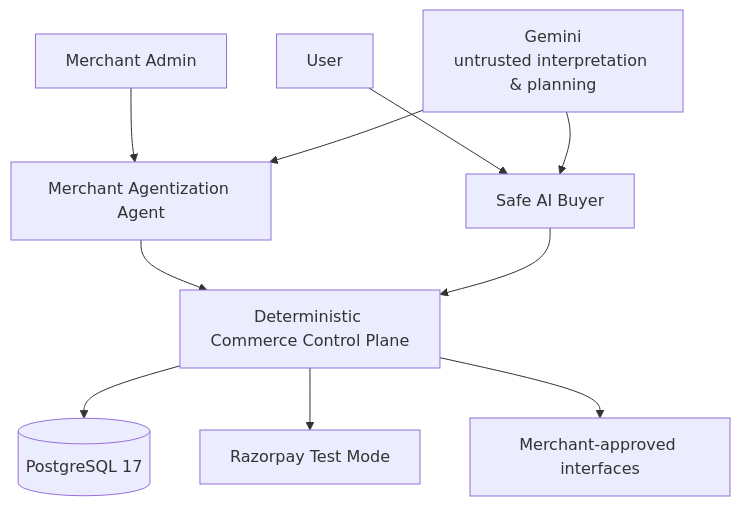
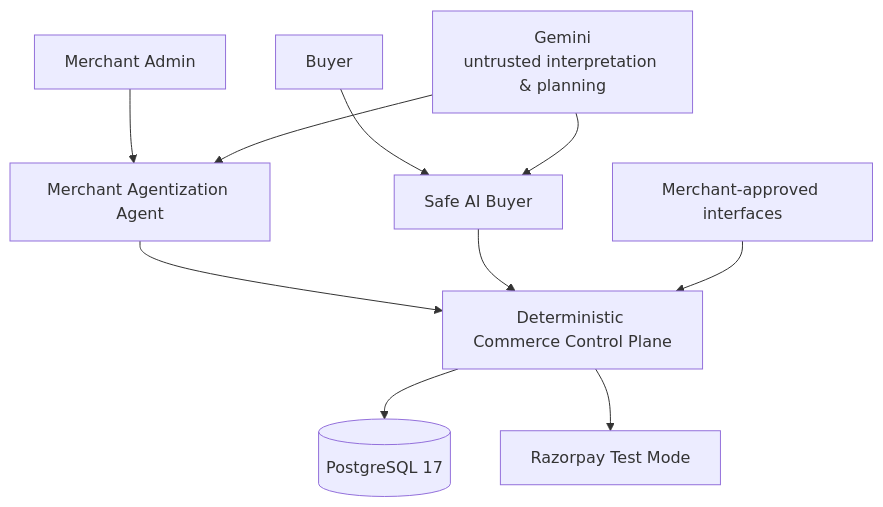
One commit to Mahaboob-Ashraf/Agentic-Commerce-Gateway changed the diagram in README.md. Above: the diagram before and after it, drawn with Mermaid. The commit also changed other lines of this file, not shown here.

````diff
--- a/README.md
+++ b/README.md
@@ -272,15 +392,16 @@
 ```mermaid
 flowchart TB
-    U[User] --> B[Safe AI Buyer]
-    M[Merchant Admin] --> A[Merchant Agentization Agent]
+    MA[Merchant Admin] --> M[Merchant Agentization Agent]
+    U[Buyer] --> B[Safe AI Buyer]
 
-    G[Gemini<br/>untrusted interpretation & planning] --> B
-    G --> A
+    G[Gemini<br/>untrusted interpretation & planning] --> M
+    G --> B
 
-    A --> C[Deterministic Commerce Control Plane]
+    M --> C[Deterministic Commerce Control Plane]
     B --> C
+
+    I[Merchant-approved interfaces] --> C
 
     C --> P[(PostgreSQL 17)]
     C --> R[Razorpay Test Mode]
-    C --> I[Merchant-approved interfaces]
 ```
````
